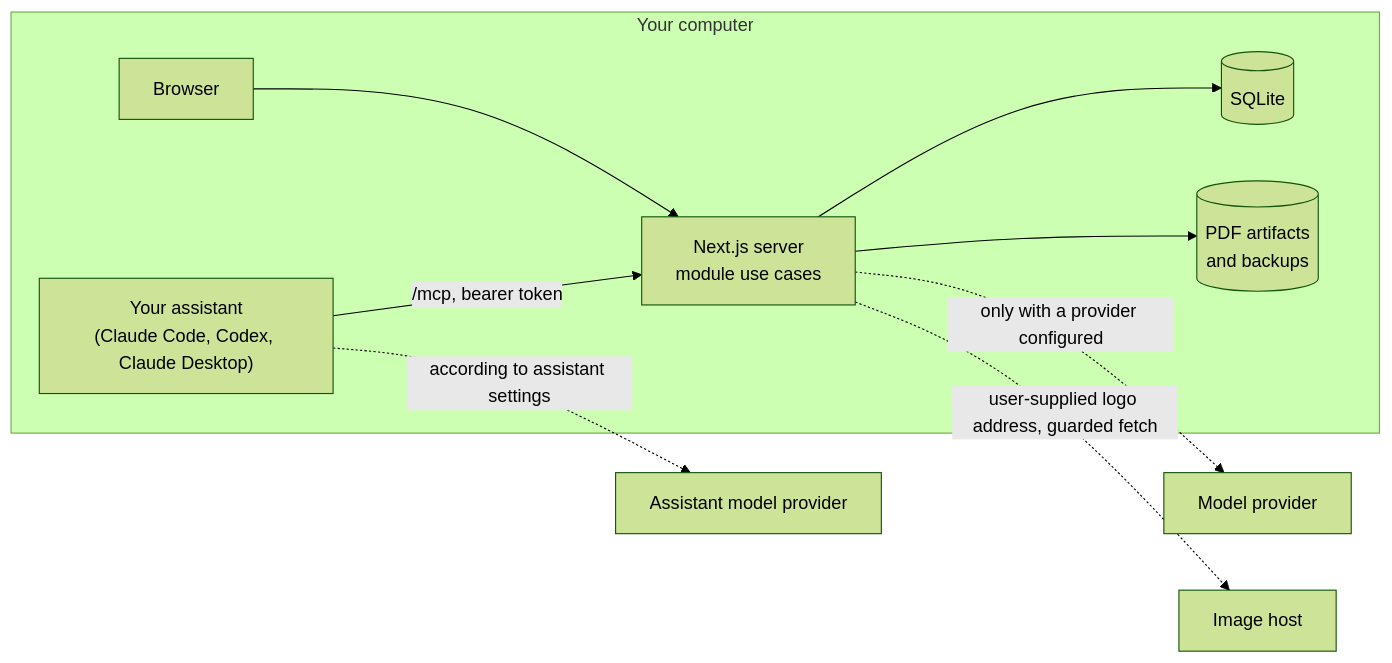
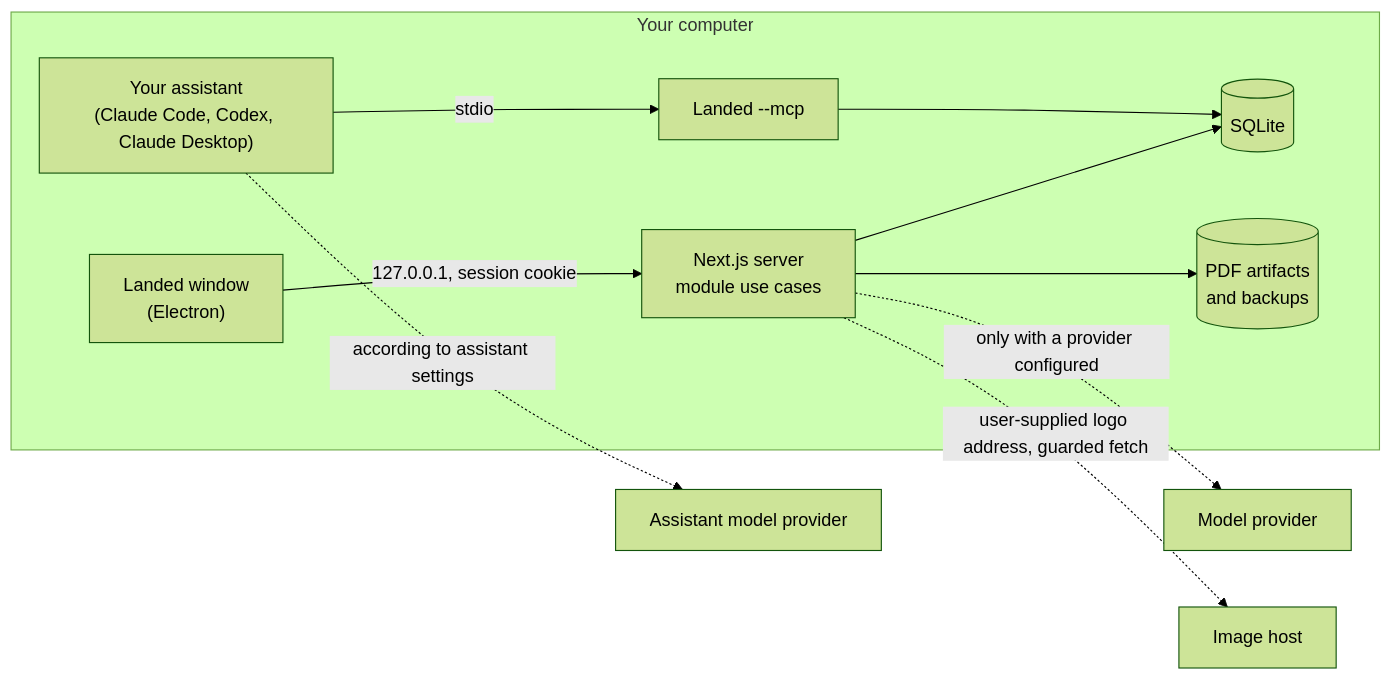
The diagram in README.md (3333444n/landed), drawn with Mermaid (forest theme) before and after one commit. The commit also changed other lines of this file and 20 other files, not shown here.

Commit message:
docs: describe the desktop app, SQLite and stdio MCP as implemented

````diff
--- a/README.md
+++ b/README.md
@@ -87,12 +84,13 @@
 ```mermaid
 flowchart LR
   subgraph local["Your computer"]
-    browser["Browser"] --> app["Next.js server\nmodule use cases"]
-    assistant["Your assistant\n(Claude Code, Codex, Claude Desktop)"] -->|"/mcp, bearer token"| app
+    window["Landed window\n(Electron)"] -->|"127.0.0.1, session cookie"| app["Next.js server\nmodule use cases"]
+    assistant["Your assistant\n(Claude Code, Codex, Claude Desktop)"] -->|"stdio"| mcp["Landed --mcp"]
     app --> db[("SQLite")]
+    mcp --> db
     app --> files[("PDF artifacts\nand backups")]
   end
   app -.->|"only with a provider configured"| provider["Model provider"]
   assistant -.->|"according to assistant settings"| assistantProvider["Assistant model provider"]
   app -.->|"user-supplied logo address, guarded fetch"| images["Image host"]
 ```
````
